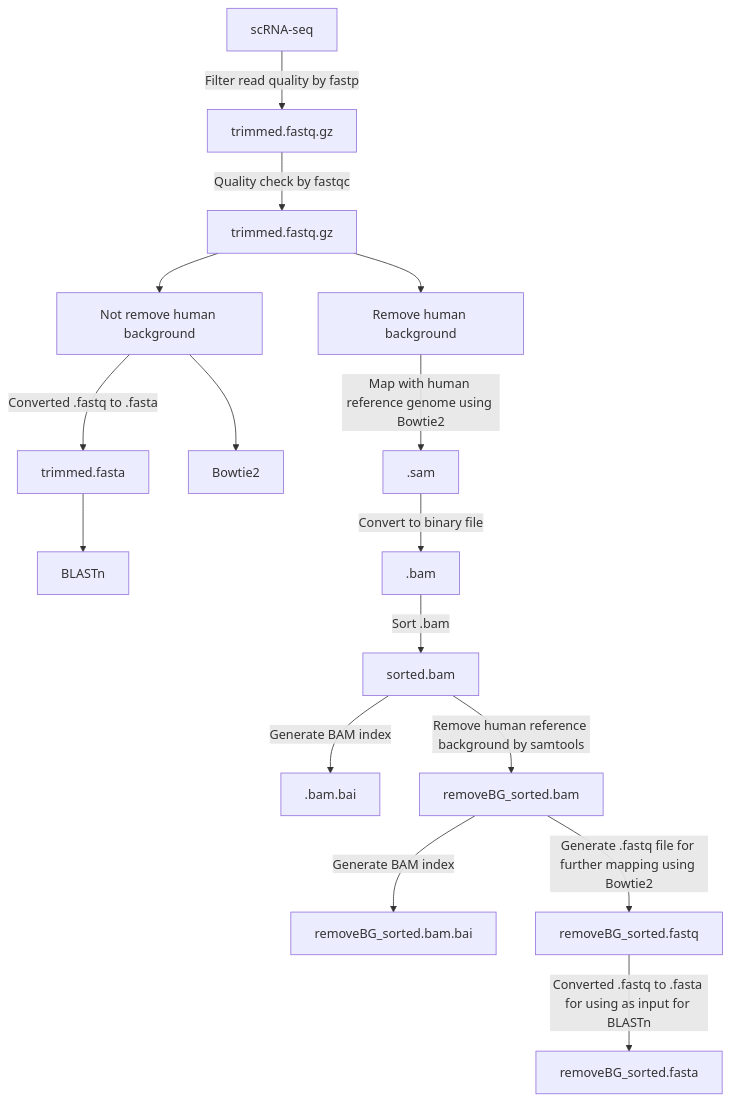
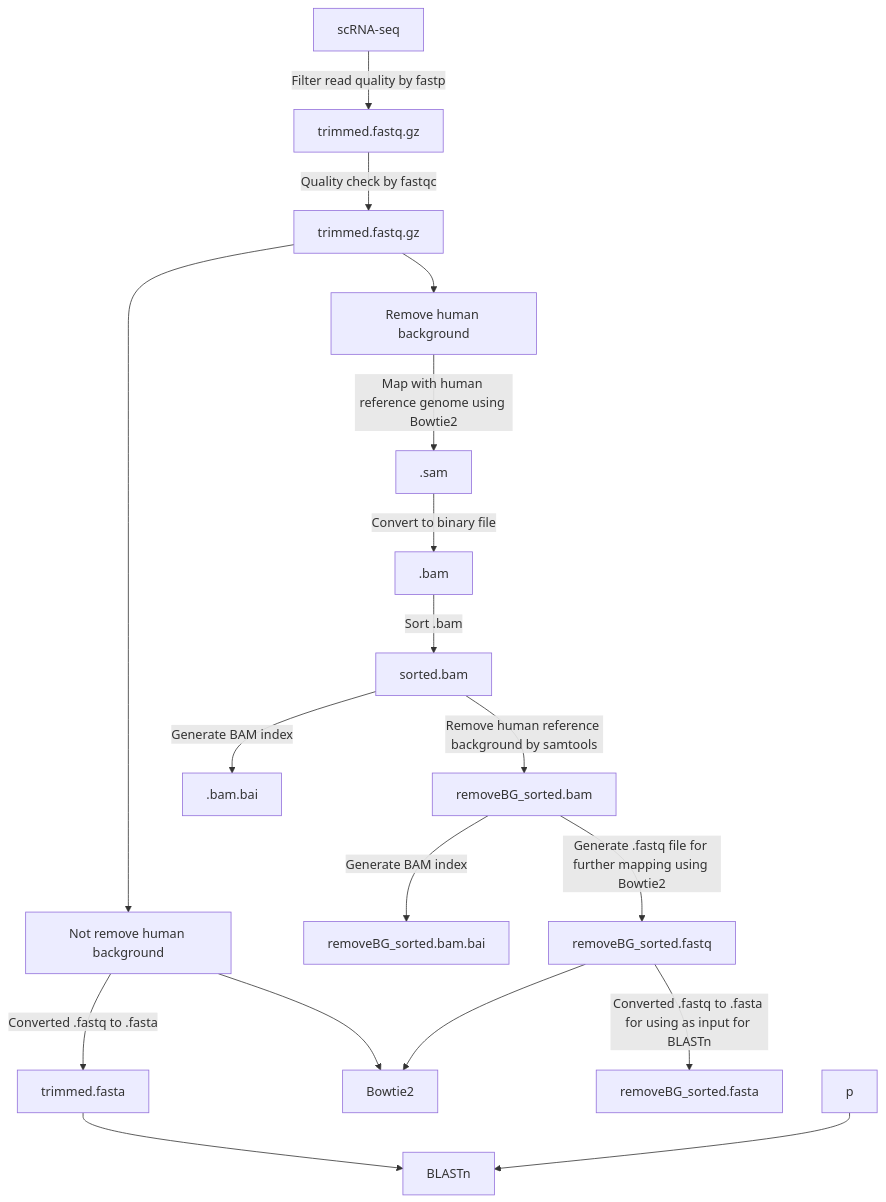
The diagram in README.md (julaneelee/Human-viruses-detection-in-scRNA-seq), drawn with Mermaid before and after one commit.

````diff
--- a/README.md
+++ b/README.md
@@ -15,19 +15,20 @@
 ```mermaid
 graph TD;
     A[scRNA-seq]-->|Filter read quality by fastp| B[trimmed.fastq.gz];
     B-->|Quality check by fastqc| C[trimmed.fastq.gz];
     C--> N[Not remove human background];
     C--> O[Remove human background];
     N--> |Converted .fastq to .fasta| K[trimmed.fasta];
     K--> M[BLASTn];
     N--> L[Bowtie2];
     O-->|Map with human reference genome using Bowtie2| D[.sam];
     D-->|Convert to binary file| E[.bam];
     E-->|Sort .bam| F[sorted.bam];
     F-->|Generate BAM index| G[.bam.bai];
     F-->|Remove human reference background by samtools| H[removeBG_sorted.bam] ;
     H-->|Generate BAM index| I[removeBG_sorted.bam.bai];
     H-->|Generate .fastq file for further mapping using Bowtie2| J[removeBG_sorted.fastq];
+    J--> L[Bowtie2];
     J--> |Converted .fastq to .fasta for using as input for BLASTn| P[removeBG_sorted.fasta];
-    
+    p -->M[BLASTn];
 ```
````
